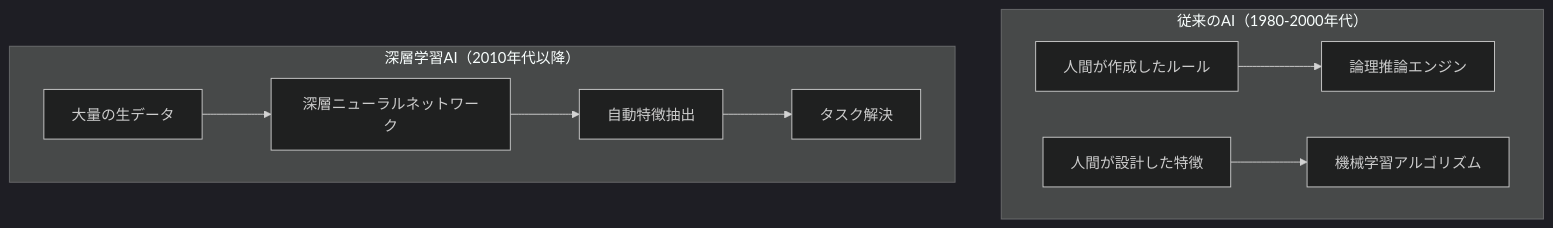
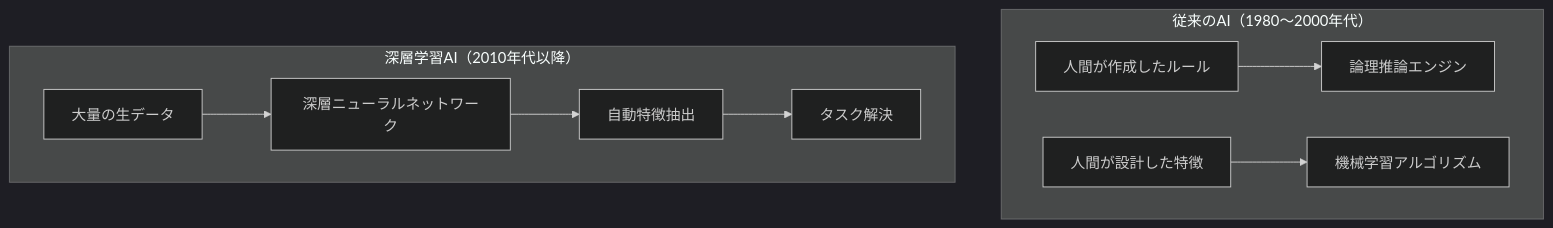
The third of 3 diagrams in src/chapters/chapter10.md (itdojp/cs-visionaries-book), drawn with Mermaid (dark theme) before and after one commit. The commit also changed other lines of this file and 39 other files, not shown here.

````diff
--- a/src/chapters/chapter10.md
+++ b/src/chapters/chapter10.md
@@ -956,13 +956,13 @@
 ```mermaid
 graph TB
-    subgraph "従来のAI（1980-2000年代）"
+    subgraph "従来のAI（1980〜2000年代）"
         Rules[人間が作成したルール] --> Logic[論理推論エンジン]
         Features[人間が設計した特徴] --> ML[機械学習アルゴリズム]
     end
     
     subgraph "深層学習AI（2010年代以降）"
         Data[大量の生データ] --> DL[深層ニューラルネットワーク]
         DL --> Auto[自動特徴抽出]
         Auto --> Task[タスク解決]
     end
 ```
````
